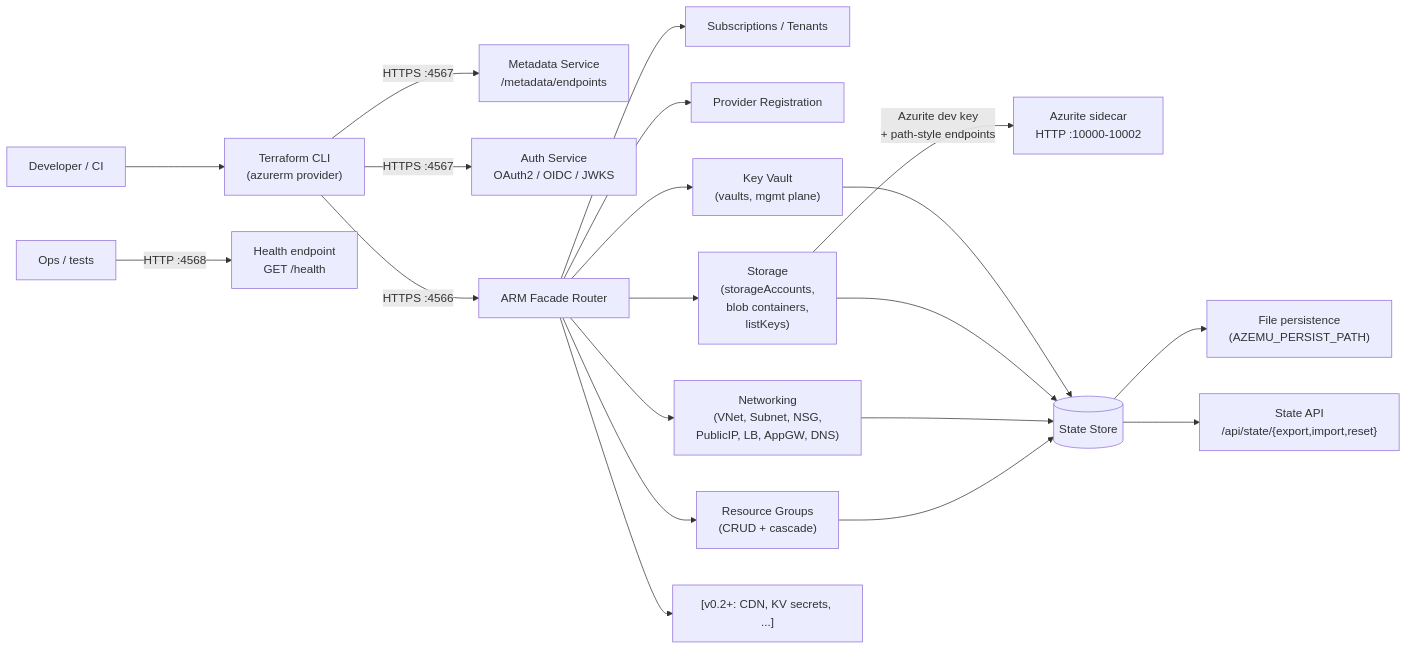
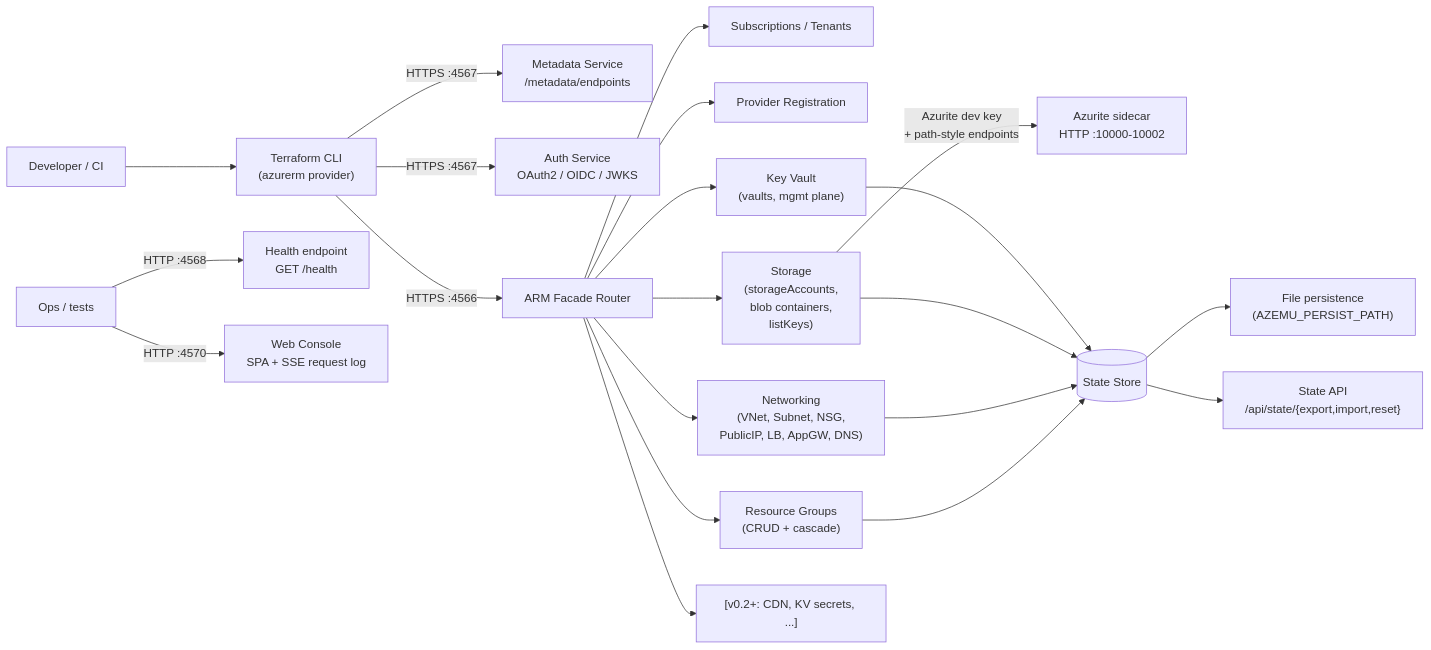
The diagram in docs/ARCHITECTURE.md (ZeroDeth/azemu), drawn with Mermaid before and after one commit. The commit also changed other lines of this file and 68 other files, not shown here.

First line of the commit message:
feat: web console SPA with live request log (#78)

````diff
--- a/docs/ARCHITECTURE.md
+++ b/docs/ARCHITECTURE.md
@@ -8,22 +8,23 @@
 ```mermaid
 flowchart LR
     dev["Developer / CI"] --> tf["Terraform CLI<br/>(azurerm provider)"]
     tf -->|"HTTPS :4567"| meta["Metadata Service<br/>/metadata/endpoints"]
     tf -->|"HTTPS :4567"| auth["Auth Service<br/>OAuth2 / OIDC / JWKS"]
     tf -->|"HTTPS :4566"| arm["ARM Facade Router"]
     arm --> subs["Subscriptions / Tenants"]
     arm --> prov["Provider Registration"]
     arm --> rg["Resource Groups<br/>(CRUD + cascade)"]
     arm --> net["Networking<br/>(VNet, Subnet, NSG,<br/>PublicIP, LB, AppGW, DNS)"]
     arm --> storage["Storage<br/>(storageAccounts,<br/>blob containers,<br/>listKeys)"]
     arm --> kv["Key Vault<br/>(vaults, mgmt plane)"]
     arm --> planned["[v0.2+: CDN, KV secrets, ...]"]
     storage -->|"Azurite dev key<br/>+ path-style endpoints"| azurite["Azurite sidecar<br/>HTTP :10000-10002"]
     rg --> store[("State Store")]
     net --> store
     storage --> store
     kv --> store
     store --> persist["File persistence<br/>(AZEMU_PERSIST_PATH)"]
     store --> api["State API<br/>/api/state/{export,import,reset}"]
     ops["Ops / tests"] -->|"HTTP :4568"| health["Health endpoint<br/>GET /health"]
+    ops -->|"HTTP :4570"| console["Web Console<br/>SPA + SSE request log"]
 ```
````
